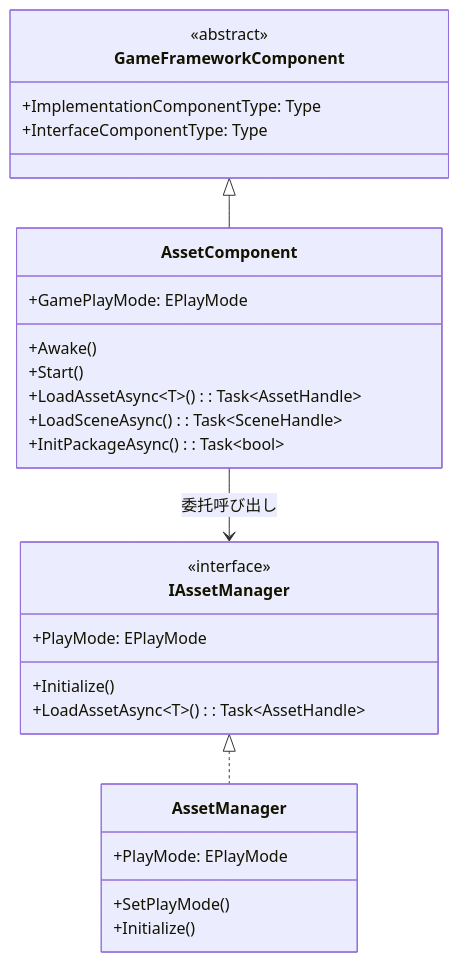
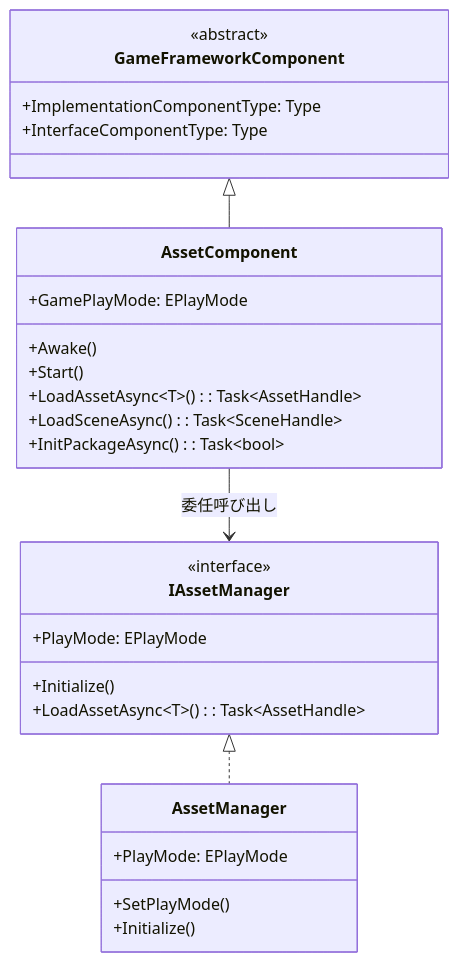
The fourth of 4 diagrams in docs/ja/client/unity/component/asset/09.asset-component.md (AlianBlank/GameFrameX.Docs), drawn with Mermaid before and after one commit. The commit also changed other lines of this file and 320 other files, not shown here.

````diff
--- a/docs/ja/client/unity/component/asset/09.asset-component.md
+++ b/docs/ja/client/unity/component/asset/09.asset-component.md
@@ -360,34 +360,34 @@
 ```mermaid
 classDiagram
     class GameFrameworkComponent {
         <<abstract>>
         +ImplementationComponentType: Type
         +InterfaceComponentType: Type
     }
     
     class AssetComponent {
         +GamePlayMode: EPlayMode
         +Awake()
         +Start()
         +LoadAssetAsync~T~(): Task~AssetHandle~
         +LoadSceneAsync(): Task~SceneHandle~
         +InitPackageAsync(): Task~bool~
     }
     
     class IAssetManager {
         <<interface>>
         +PlayMode: EPlayMode
         +Initialize()
         +LoadAssetAsync~T~(): Task~AssetHandle~
     }
     
     class AssetManager {
         +PlayMode: EPlayMode
         +SetPlayMode()
         +Initialize()
     }
     
     GameFrameworkComponent <|-- AssetComponent
     IAssetManager <|.. AssetManager
-    AssetComponent --> IAssetManager : 委托呼び出し
+    AssetComponent --> IAssetManager : 委任呼び出し
 ```
````
